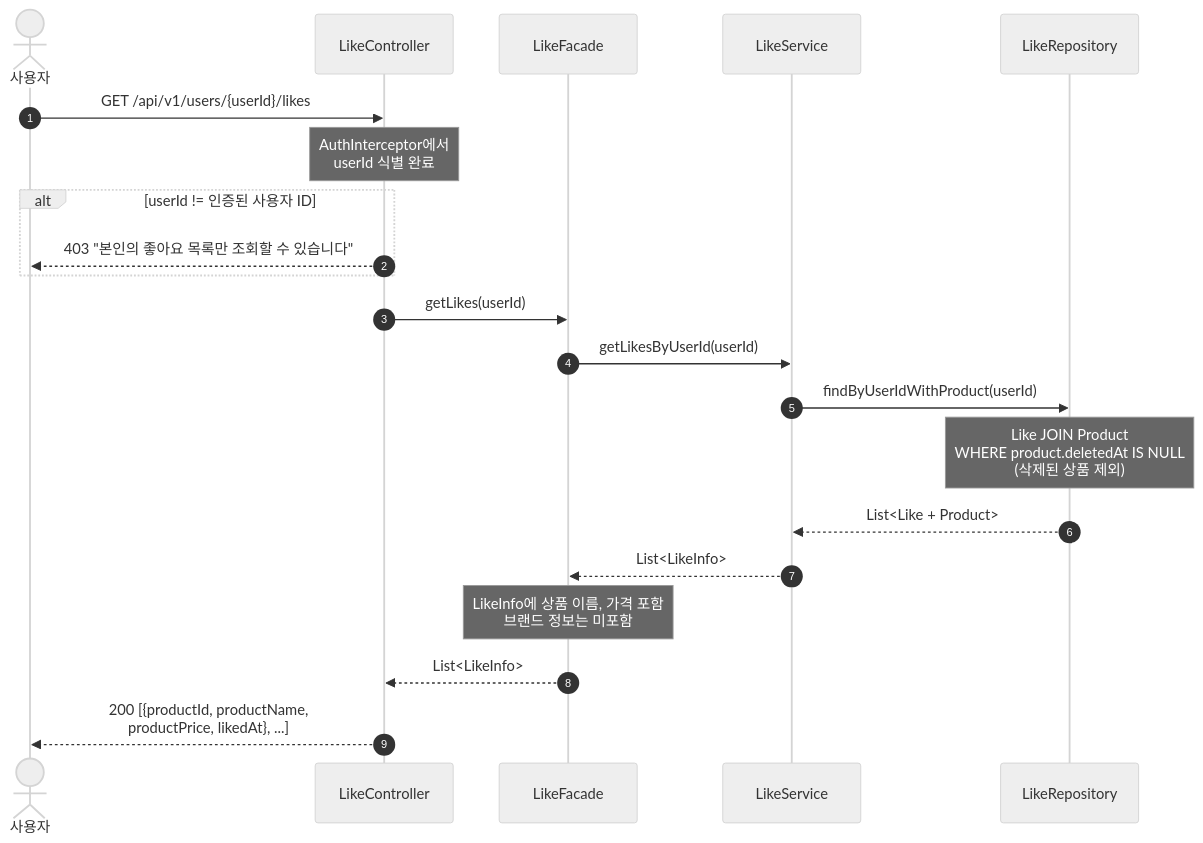
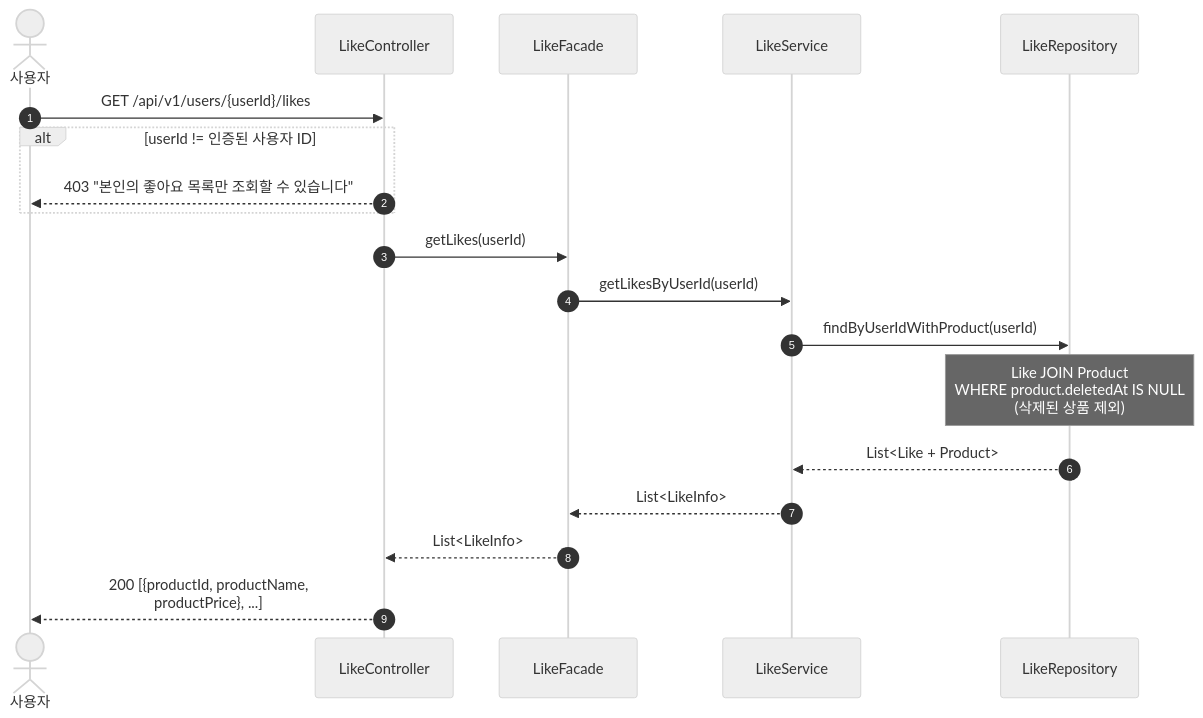
Before and after one commit to Loopers-dev-lab/loop-pack-be-l2-vol3-kotlin: diagram 16 of 21 in docs/design/02-sequence-diagrams.md, drawn with Mermaid (neutral theme). The commit also changed other lines of this file and 5 other files, not shown here.

````diff
--- a/docs/design/02-sequence-diagrams.md
+++ b/docs/design/02-sequence-diagrams.md
@@ -580,25 +591,23 @@
 ```mermaid
 sequenceDiagram
     autonumber
     actor User as 사용자
     participant C as LikeController
     participant F as LikeFacade
     participant LS as LikeService
     participant LR as LikeRepository
     User ->> C: GET /api/v1/users/{userId}/likes
-    Note over C: AuthInterceptor에서<br/>userId 식별 완료
 
     alt userId != 인증된 사용자 ID
         C -->> User: 403 "본인의 좋아요 목록만 조회할 수 있습니다"
     end
 
     C ->> F: getLikes(userId)
     F ->> LS: getLikesByUserId(userId)
     LS ->> LR: findByUserIdWithProduct(userId)
     Note over LR: Like JOIN Product<br/>WHERE product.deletedAt IS NULL<br/>(삭제된 상품 제외)
     LR -->> LS: List<Like + Product>
     LS -->> F: List<LikeInfo>
-    Note over F: LikeInfo에 상품 이름, 가격 포함<br/>브랜드 정보는 미포함
     F -->> C: List<LikeInfo>
-    C -->> User: 200 [{productId, productName,<br/>productPrice, likedAt}, ...]
+    C -->> User: 200 [{productId, productName,<br/>productPrice}, ...]
 ```
````
